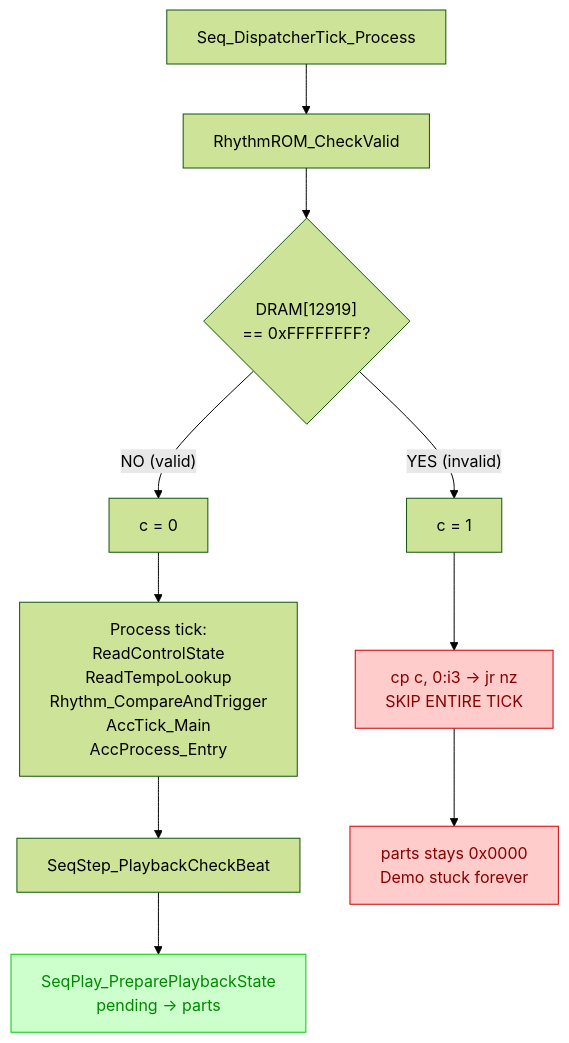
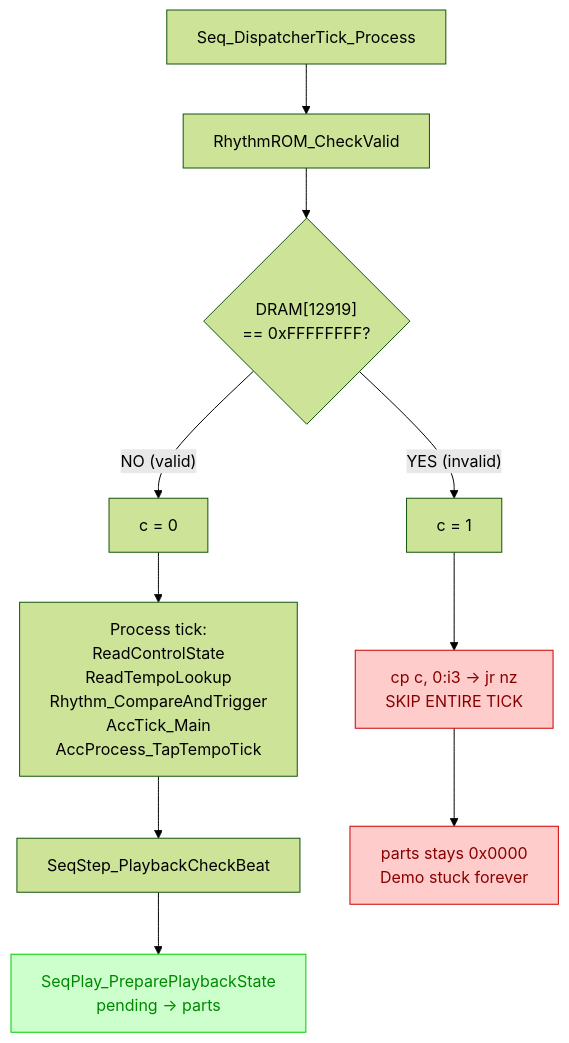
Diagram 13 of 13 in ssf-presentation.md (ArqueologiaDigital/technics-docs), drawn with Mermaid (forest theme) before and after one commit. The commit also changed other lines of this file and 5 other files, not shown here.

````diff
--- a/ssf-presentation.md
+++ b/ssf-presentation.md
@@ -1312,17 +1312,17 @@
 ```mermaid
 flowchart TD
     TICK["Seq_DispatcherTick_Process"] --> RCHECK["RhythmROM_CheckValid"]
     RCHECK --> CMP{"DRAM[12919]<br/>== 0xFFFFFFFF?"}
     CMP -- "YES (invalid)" --> C1["c = 1"]
     CMP -- "NO (valid)" --> C0["c = 0"]
     C1 --> SKIP["cp c, 0:i3 → jr nz<br/>SKIP ENTIRE TICK"]
-    C0 --> PROCESS["Process tick:<br/>ReadControlState<br/>ReadTempoLookup<br/>Rhythm_CompareAndTrigger<br/>AccTick_Main<br/>AccProcess_Entry"]
+    C0 --> PROCESS["Process tick:<br/>ReadControlState<br/>ReadTempoLookup<br/>Rhythm_CompareAndTrigger<br/>AccTick_Main<br/>AccProcess_TapTempoTick"]
     PROCESS --> BEAT["SeqStep_PlaybackCheckBeat"]
     BEAT --> COPY["SeqPlay_PreparePlaybackState<br/>pending → parts"]
 
     SKIP --> STUCK["parts stays 0x0000<br/>Demo stuck forever"]
 
     style SKIP fill:#fcc,stroke:#c00,color:#800
     style STUCK fill:#fcc,stroke:#c00,color:#800
     style COPY fill:#cfc,stroke:#0c0,color:#080
 ```
````
